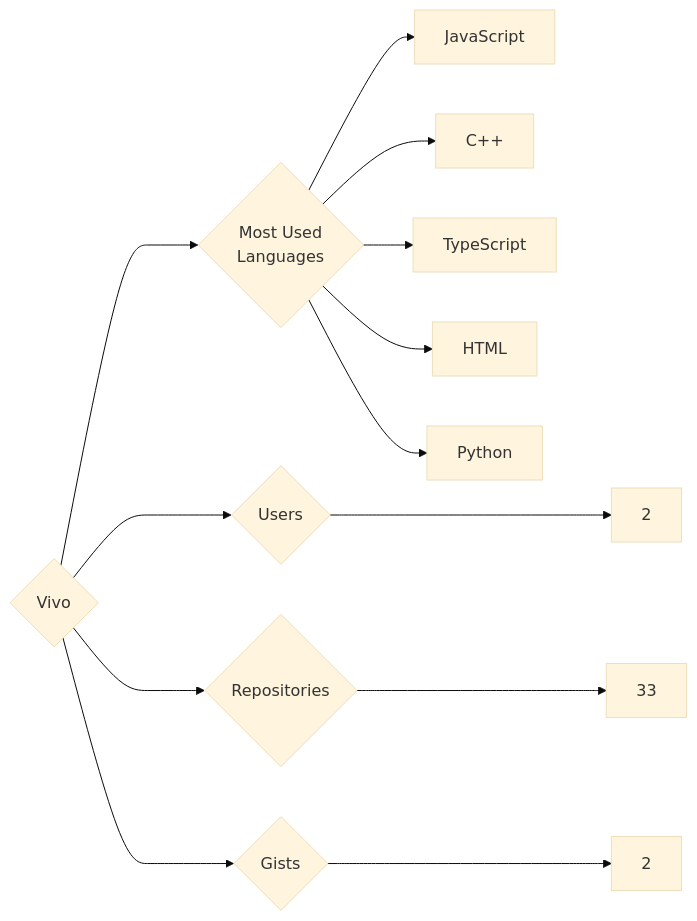
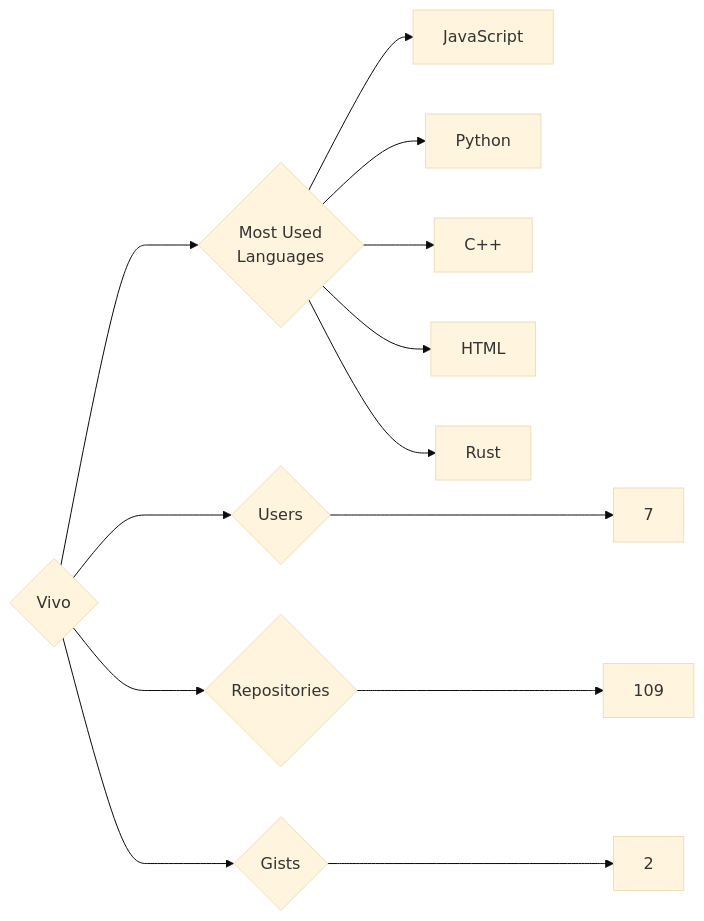
Before and after one commit to trickest/insiders: the diagram in targets/Vivo/README.md, drawn with Mermaid (base theme). The commit also changed 1389 other files, not shown here.

````diff
--- a/targets/Vivo/README.md
+++ b/targets/Vivo/README.md
@@ -3,13 +3,13 @@
 ```mermaid
 graph LR
 COMPANY_NAME{Vivo}
-COMPANY_NAME ---> U{Users} ---> UN[2]
-COMPANY_NAME ---> R{Repositories} ---> RN[33]
+COMPANY_NAME ---> U{Users} ---> UN[7]
+COMPANY_NAME ---> R{Repositories} ---> RN[109]
 COMPANY_NAME ---> G{Gists} ---> GN[2]
 COMPANY_NAME ---> ML{Most Used<br>Languages}
 ML --> JavaScript[JavaScript]
+ML --> Python[Python]
 ML --> C++[C++]
-ML --> TypeScript[TypeScript]
 ML --> HTML[HTML]
-ML --> Python[Python]
+ML --> Rust[Rust]
 ```
````
